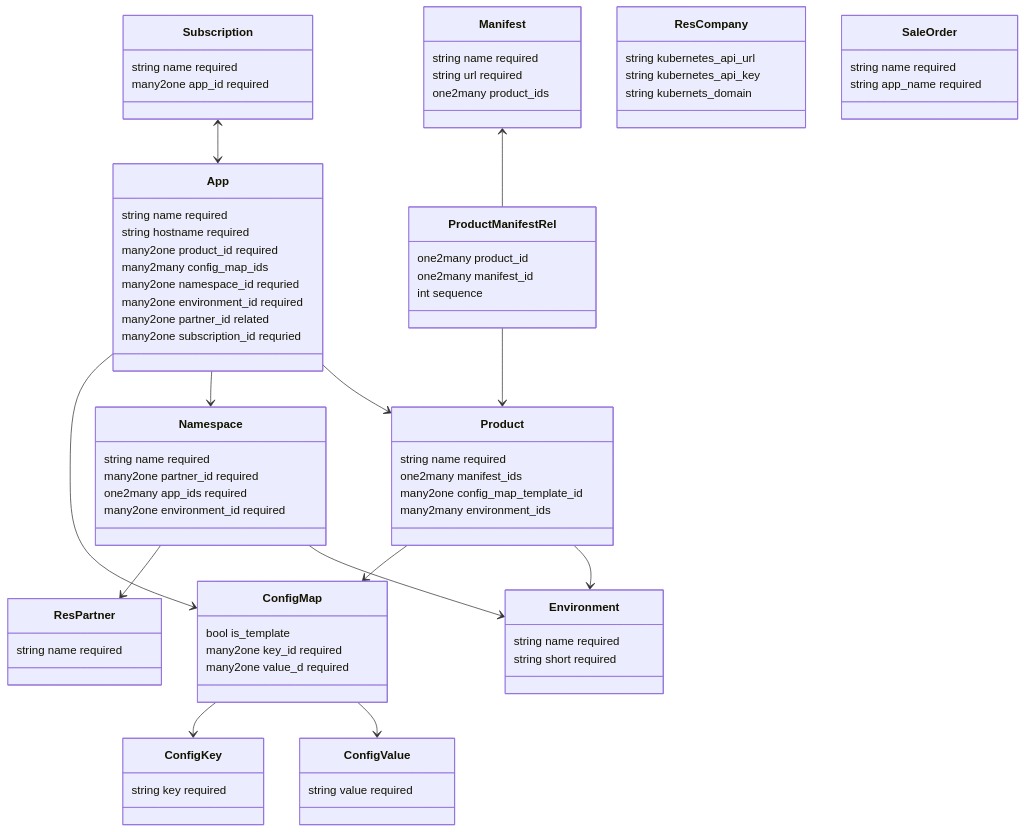
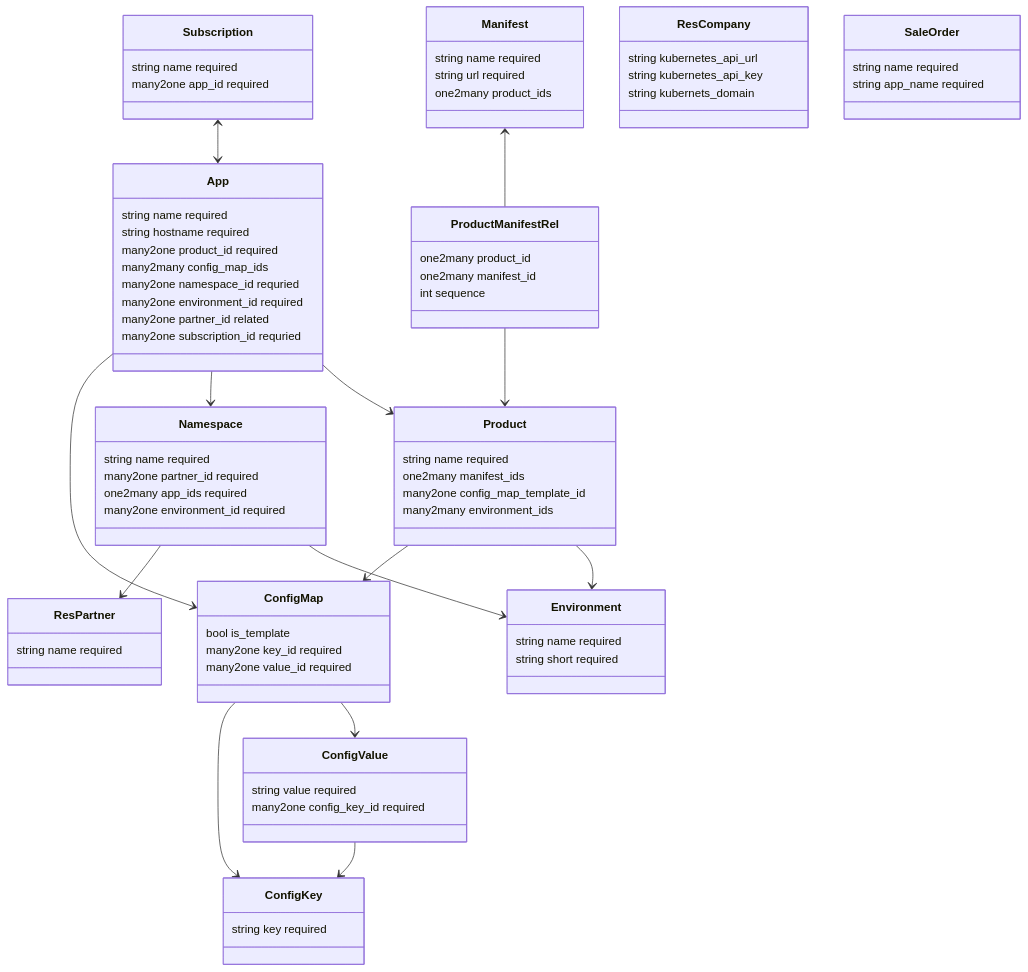
The diagram in Specification Website Sale Kubernetes Subscription OCA.md (Mint-System/Wiki), drawn with Mermaid before and after one commit. The commit also changed other lines of this file and 1 other file, not shown here.

```diff
--- a/Specification Website Sale Kubernetes Subscription OCA.md
+++ b/Specification Website Sale Kubernetes Subscription OCA.md
@@ -25,6 +25,7 @@
     App --> ConfigMap
     ConfigMap --> ConfigKey
     ConfigMap --> ConfigValue
+    ConfigValue --> ConfigKey
     App --> Namespace
     Manifest <-- ProductManifestRel
     ProductManifestRel --> Product
@@ -55,7 +56,7 @@
     class ConfigMap{
       bool is_template
       many2one key_id required
-      many2one value_d required
+      many2one value_id required
     }
 
     class ConfigKey{
@@ -64,6 +65,7 @@
 
     class ConfigValue{
       string value required
+      many2one config_key_id required
     }
 
     class Namespace{
```
